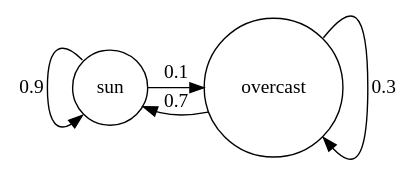
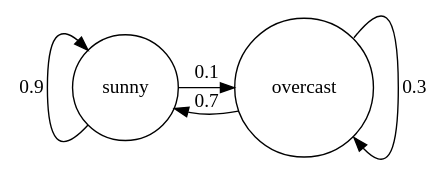
Before and after one commit to hichristensen/CSE276C-2020: the diagram in slides/lecture16/figs/sd-weather.dot, drawn with Graphviz. The commit also changed 3 other files, not shown here.

```diff
--- a/slides/lecture16/figs/sd-weather.dot
+++ b/slides/lecture16/figs/sd-weather.dot
@@ -1,11 +1,11 @@
 digraph
 {
     rankdir=TB;
     node [ shape = circle ];
-    { rank = same; sun overcast}
+    { rank = same; sunny overcast}
 
-    sun ->  overcast [label="0.1"];
+    sunny ->  overcast [label="0.1"];
     overcast:ne -> overcast:se[label="0.3"];
-    overcast ->  sun [label="0.7"];
-    sun:nw -> sun:sw[label="0.9"];
+    overcast ->  sunny [label="0.7"];
+    sunny:sw -> sunny:nw[label="0.9"];
 }
```
